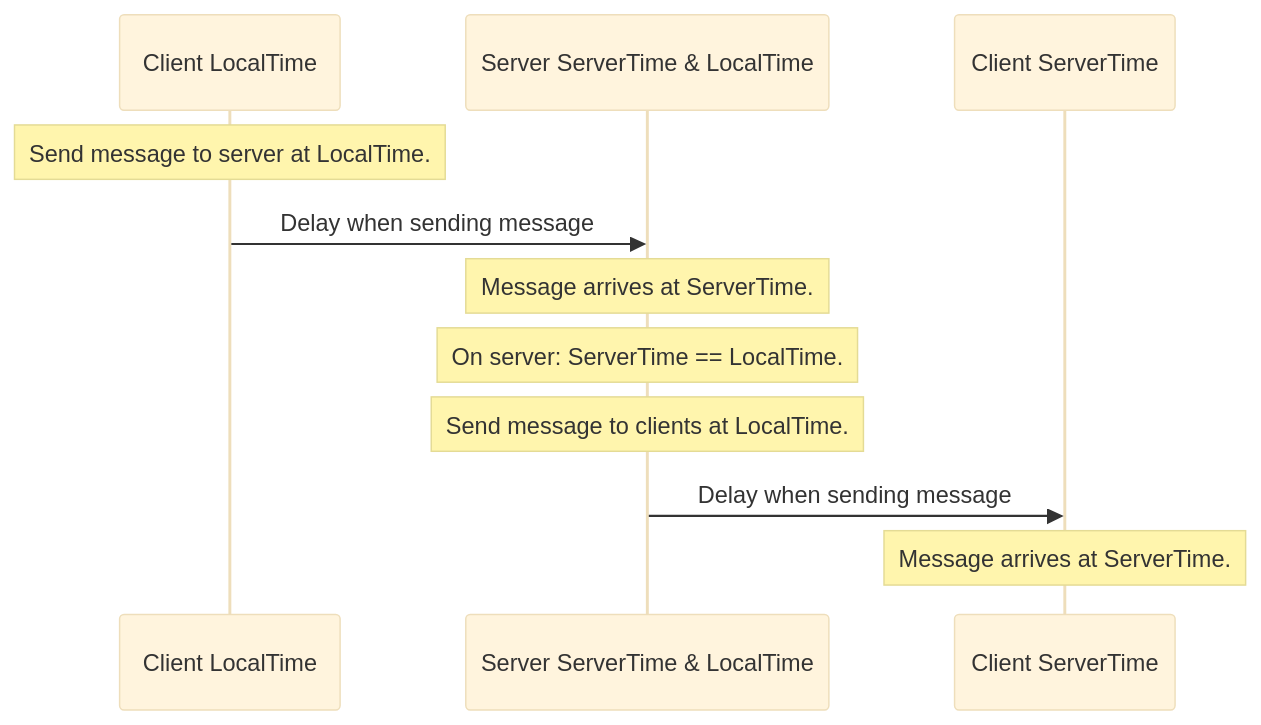
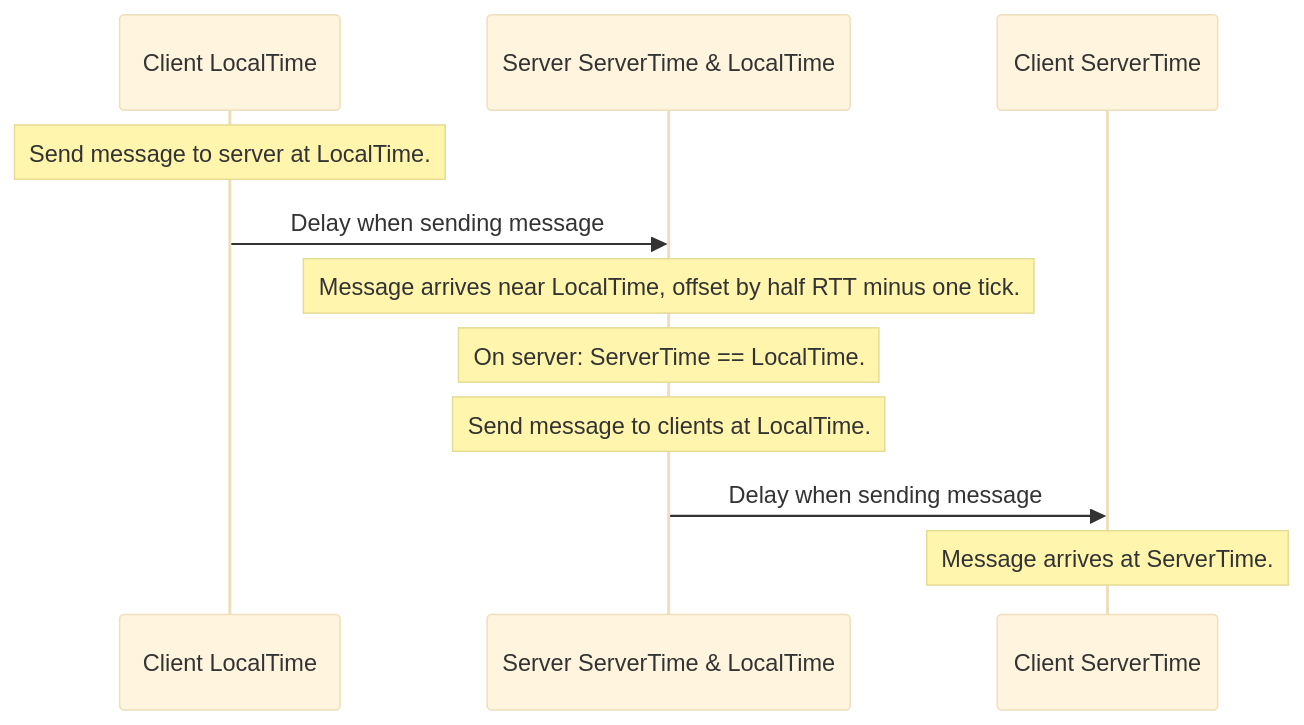
The first of 2 diagrams in Documentation~/advanced-topics/networktime-ticks.md (needle-mirror/com.unity.netcode.gameobjects), drawn with Mermaid (base theme) before and after one commit. The commit also changed other lines of this file and 146 other files, not shown here.

````diff
--- a/Documentation~/advanced-topics/networktime-ticks.md
+++ b/Documentation~/advanced-topics/networktime-ticks.md
@@ -12,13 +15,13 @@
 ```mermaid
 sequenceDiagram
     participant Owner as Client LocalTime
     participant Server as Server ServerTime & LocalTime
     participant Receiver as Client ServerTime
     Note over Owner: Send message to server at LocalTime.
     Owner->>Server: Delay when sending message
-    Note over Server: Message arrives at ServerTime.
+    Note over Server: Message arrives near LocalTime, offset by half RTT minus one tick.
     Note over Server: On server: ServerTime == LocalTime.
     Note over Server: Send message to clients at LocalTime.
     Server->>Receiver: Delay when sending message
     Note over Receiver: Message arrives at ServerTime.
 ```
````
